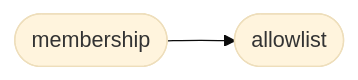
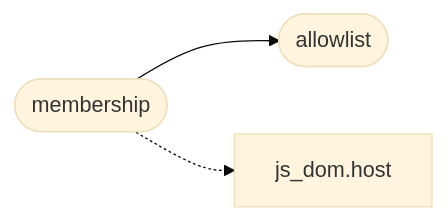
One commit to grisuno/FreeDom changed the diagram in readmenator-apidocs/modules/include.js_policy.h.md. Above: the diagram before and after it, drawn with Mermaid (base theme). The commit also changed other lines of this file and 240 other files, not shown here.

````diff
--- a/readmenator-apidocs/modules/include.js_policy.h.md
+++ b/readmenator-apidocs/modules/include.js_policy.h.md
@@ -14,6 +14,8 @@
 ```mermaid
 flowchart LR
     n_include_js_policy_h__membership(["membership"])
     n_include_js_policy_h__allowlist(["allowlist"])
+    n_include_js_dom_h__host["js_dom.host"]
     n_include_js_policy_h__membership --> n_include_js_policy_h__allowlist
+    n_include_js_policy_h__membership -.-> n_include_js_dom_h__host
 ```
````
